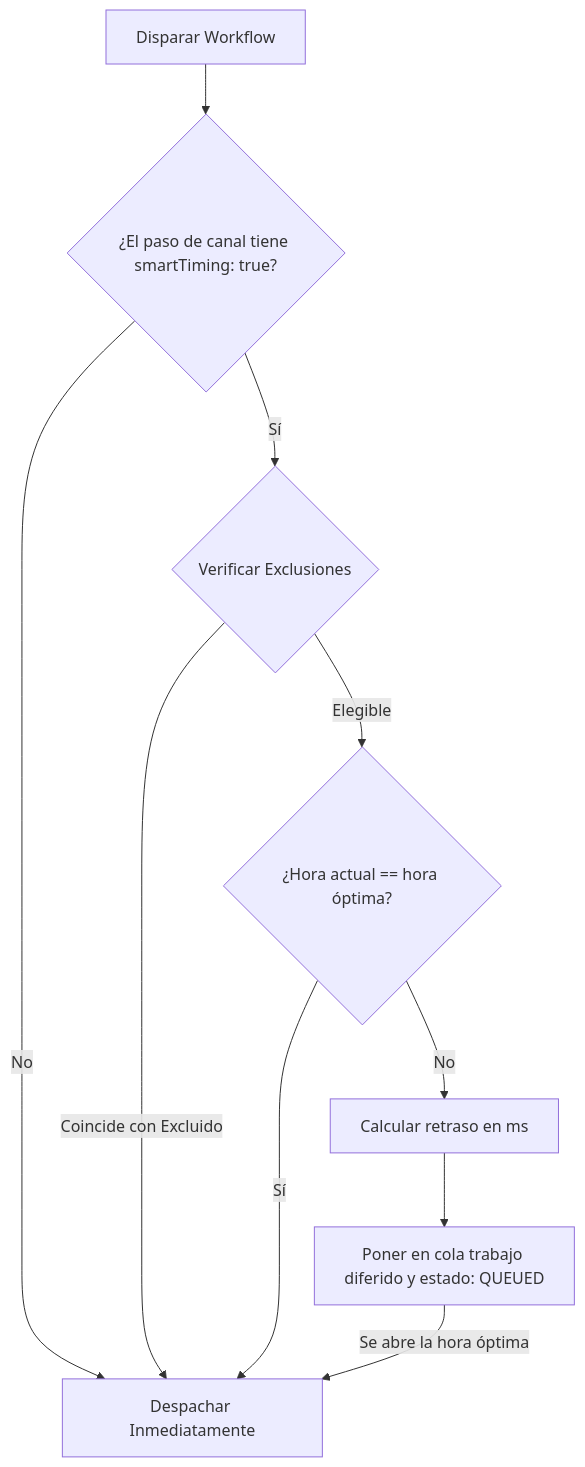
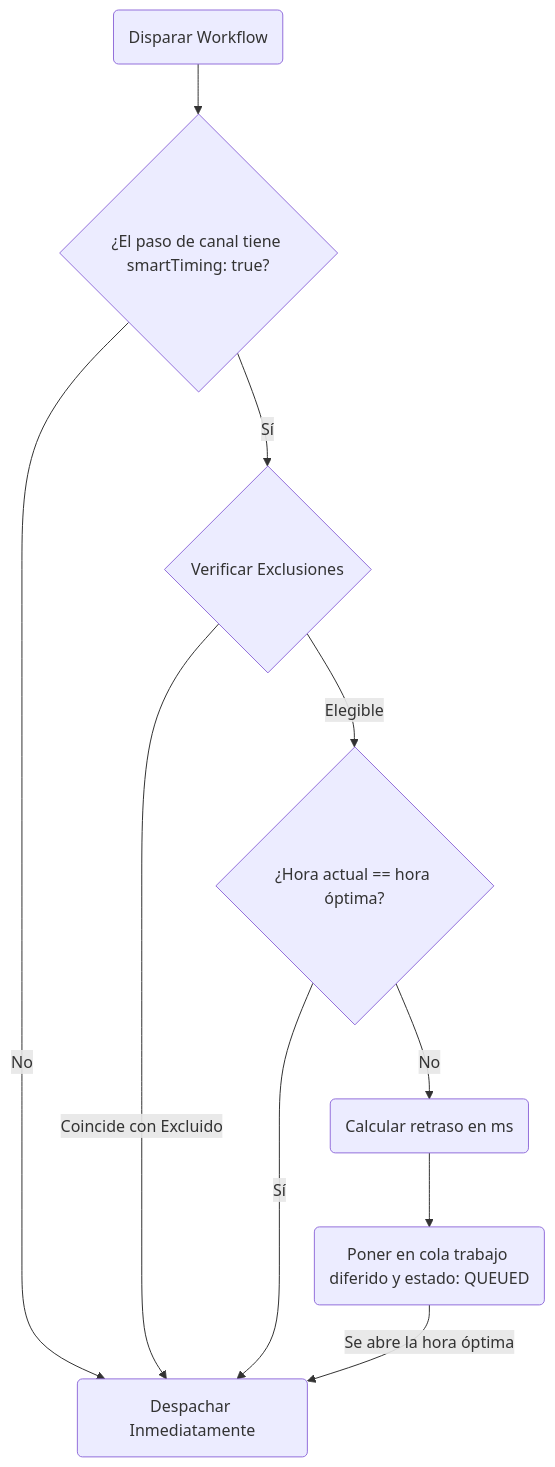
Before and after one commit to KriyanshKhunt/nexus_docs: the diagram in content/docs/es/platform/features/smart-send-time.mdx, drawn with Mermaid. The commit also changed 20 other files, not shown here.

Commit message:
Handle es Mermaid charts

````diff
--- a/content/docs/es/platform/features/smart-send-time.mdx
+++ b/content/docs/es/platform/features/smart-send-time.mdx
@@ -19,12 +19,12 @@
 ```mermaid
 flowchart TD
-  Trigger[Disparar Workflow] --> Channel{¿El paso de canal tiene smartTiming: true?}
-  Channel -->|No| Send[Despachar Inmediatamente]
+  Trigger(Disparar Workflow) --> Channel{¿El paso de canal tiene smartTiming: true?}
+  Channel -->|No| Send(Despachar Inmediatamente)
   Channel -->|Sí| CheckExclusions{Verificar Exclusiones}
   CheckExclusions -->|Coincide con Excluido| Send
   CheckExclusions -->|Elegible| Optimal{¿Hora actual == hora óptima?}
   Optimal -->|Sí| Send
-  Optimal -->|No| Delay[Calcular retraso en ms]
-  Delay --> Queue[Poner en cola trabajo diferido y estado: QUEUED]
+  Optimal -->|No| Delay(Calcular retraso en ms)
+  Delay --> Queue(Poner en cola trabajo diferido y estado: QUEUED)
   Queue -->|Se abre la hora óptima| Send
 ```
````
